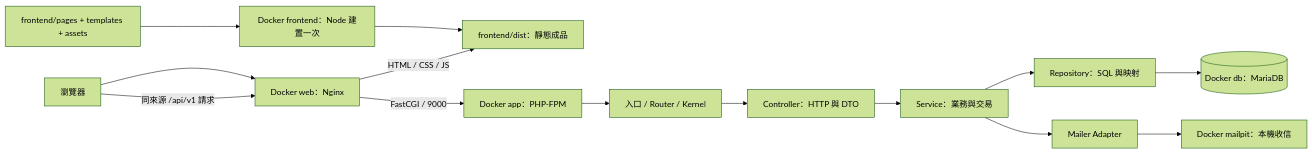
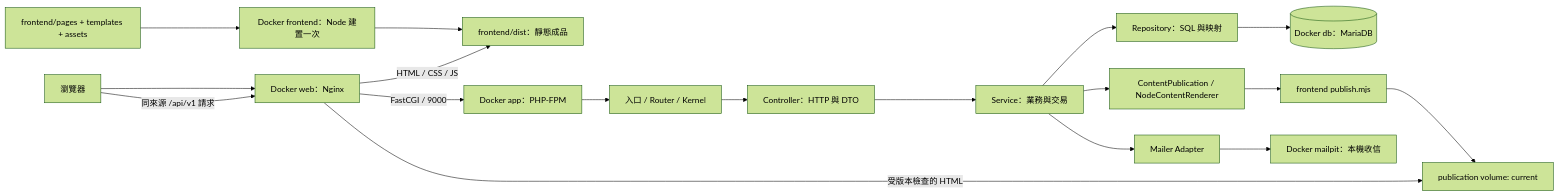
Before and after one commit to Spl6026/yinghua: the first of 2 diagrams in docs/PROJECT-GUIDE.md, drawn with Mermaid (forest theme). The commit also changed other lines of this file and 10 other files, not shown here.

First line of the commit message:
test(phase-03): accept phase three persistence and document the delivered architecture

````diff
--- a/docs/PROJECT-GUIDE.md
+++ b/docs/PROJECT-GUIDE.md
@@ -38,16 +37,20 @@
 ```mermaid
 flowchart LR
     SRC[frontend/pages + templates + assets] --> BUILD[Docker frontend：Node 建置一次]
     BUILD --> DIST[frontend/dist：靜態成品]
     B[瀏覽器] --> WEB[Docker web：Nginx]
     WEB -->|HTML / CSS / JS| DIST
     B -->|同來源 /api/v1 請求| WEB
     WEB -->|FastCGI / 9000| FPM[Docker app：PHP-FPM]
     FPM --> K[入口 / Router / Kernel]
     K --> C[Controller：HTTP 與 DTO]
     C --> S[Service：業務與交易]
     S --> R[Repository：SQL 與映射]
     R --> DB[(Docker db：MariaDB)]
+    S --> PUB[ContentPublication / NodeContentRenderer]
+    PUB --> GEN[frontend publish.mjs]
+    GEN --> SNAP[publication volume: current]
+    WEB -->|受版本檢查的 HTML| SNAP
     S --> MAIL[Mailer Adapter]
     MAIL --> MP[Docker mailpit：本機收信]
 ```
````
